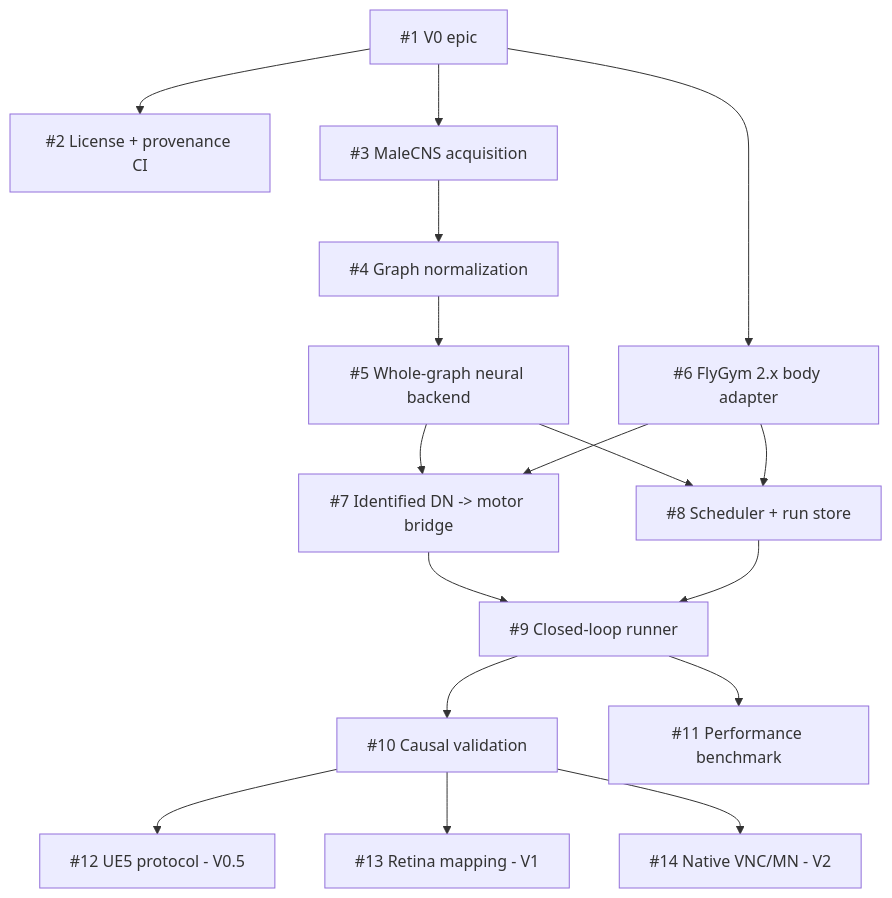
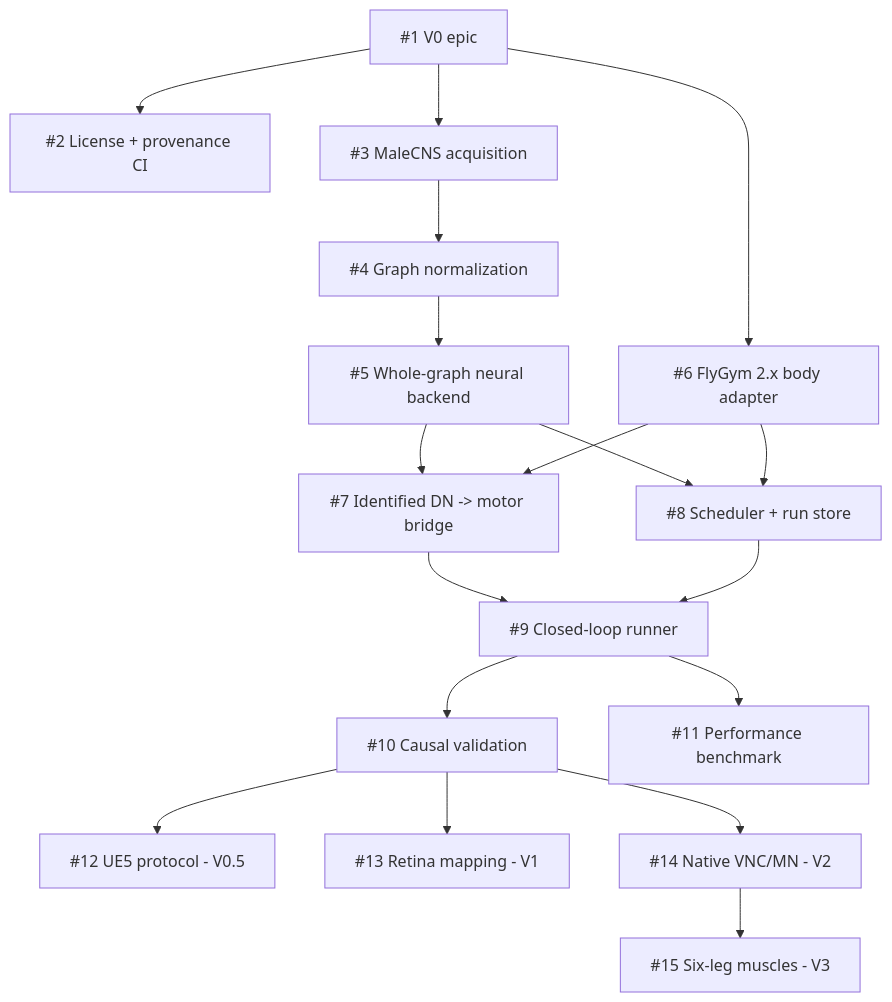
The diagram in docs/BACKLOG.md (JayceeB1/flybox), drawn with Mermaid before and after one commit. The commit also changed other lines of this file, not shown here.

````diff
--- a/docs/BACKLOG.md
+++ b/docs/BACKLOG.md
@@ -24,34 +25,36 @@
 ```mermaid
 flowchart TD
     E["#1 V0 epic"]
     L["#2 License + provenance CI"]
     D["#3 MaleCNS acquisition"]
     G["#4 Graph normalization"]
     N["#5 Whole-graph neural backend"]
     B["#6 FlyGym 2.x body adapter"]
     M["#7 Identified DN -> motor bridge"]
     S["#8 Scheduler + run store"]
     C["#9 Closed-loop runner"]
     V["#10 Causal validation"]
     P["#11 Performance benchmark"]
     U["#12 UE5 protocol - V0.5"]
     R["#13 Retina mapping - V1"]
     X["#14 Native VNC/MN - V2"]
+    Y["#15 Six-leg muscles - V3"]
 
     E --> L
     E --> D
     D --> G
     G --> N
     E --> B
     N --> M
     B --> M
     N --> S
     B --> S
     M --> C
     S --> C
     C --> V
     C --> P
     V --> U
     V --> R
     V --> X
+    X --> Y
 ```
````
